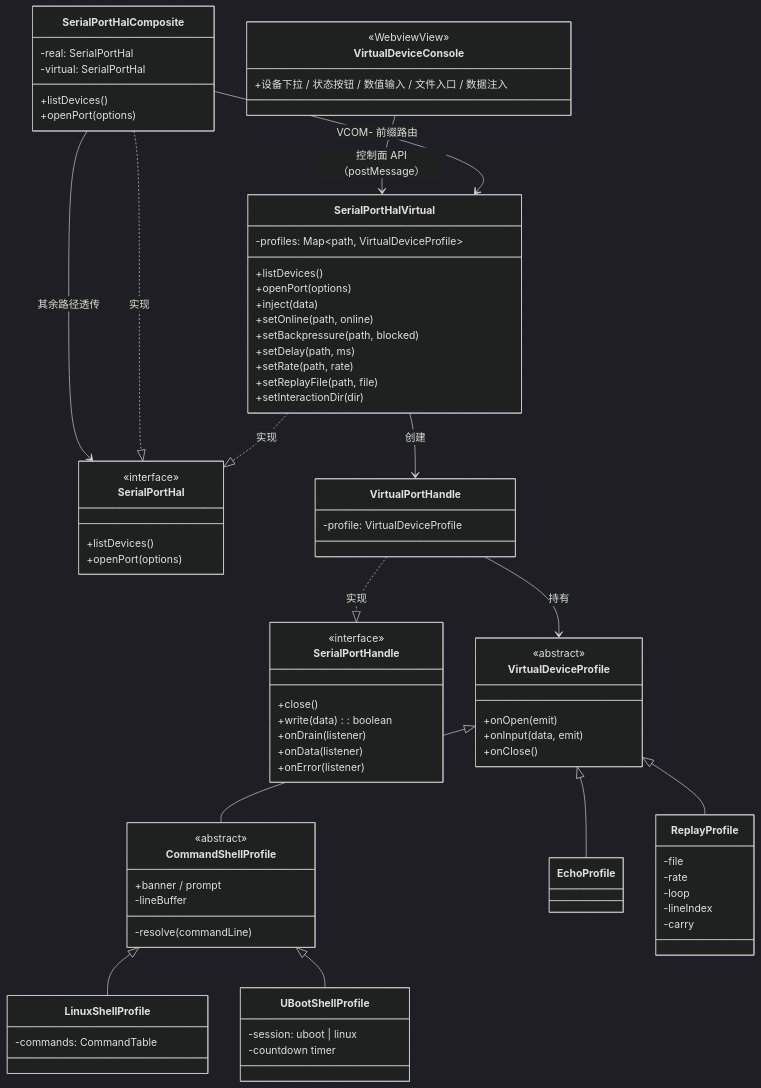
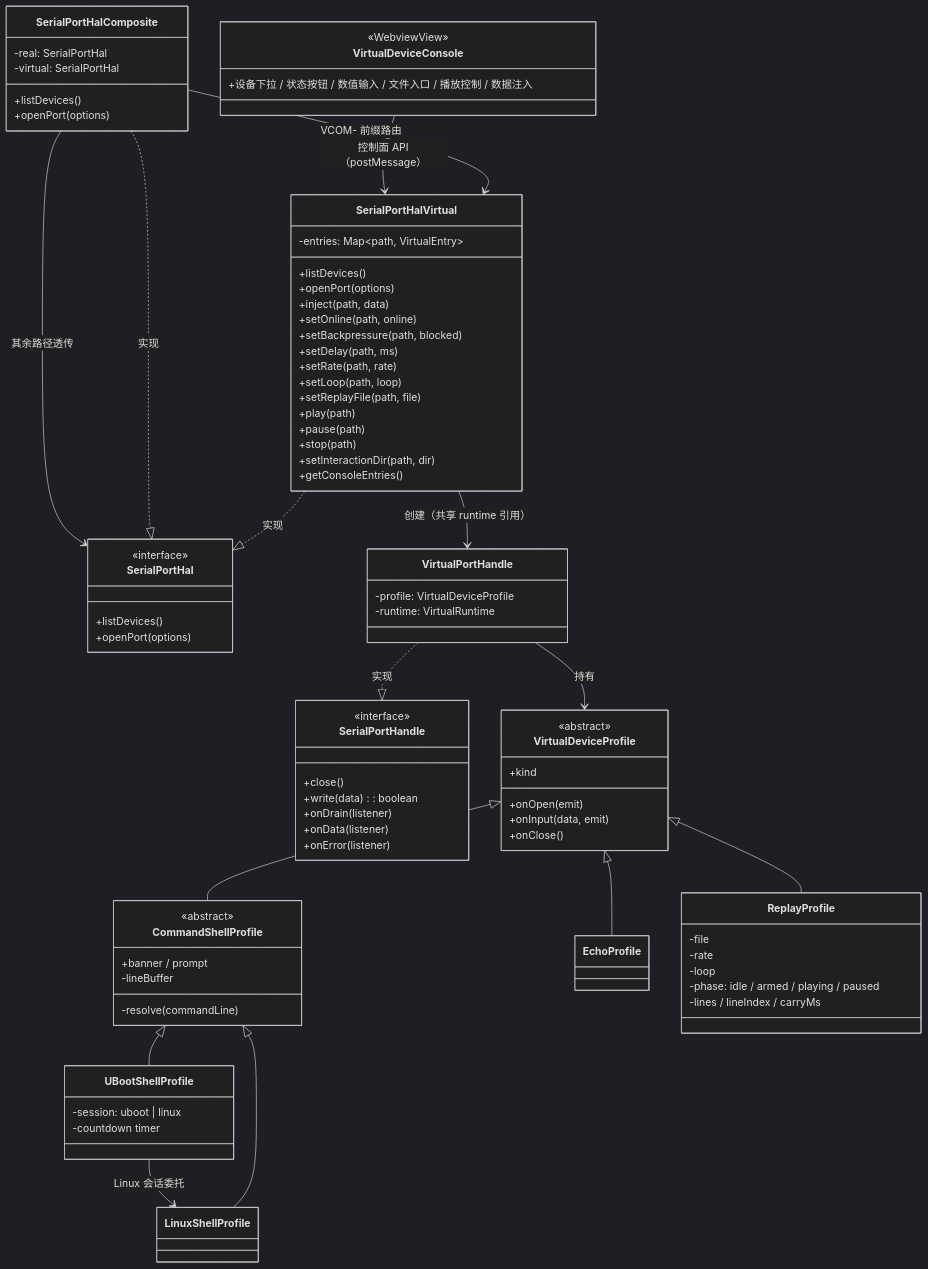
The diagram in doc/Hal/SerialPortHalVirtual规划.md (ziqiang-zhu/vscode-serial-port-terminal), drawn with Mermaid (dark theme) before and after one commit. The commit also changed other lines of this file and 14 other files, not shown here.

````diff
--- a/doc/Hal/SerialPortHalVirtual规划.md
+++ b/doc/Hal/SerialPortHalVirtual规划.md
@@ -266,22 +266,29 @@
         +onError(listener)
     }
     class SerialPortHalVirtual {
-        -profiles: Map~path, VirtualDeviceProfile~
+        -entries: Map~path, VirtualEntry~
         +listDevices()
         +openPort(options)
-        +inject(data)
+        +inject(path, data)
         +setOnline(path, online)
         +setBackpressure(path, blocked)
         +setDelay(path, ms)
         +setRate(path, rate)
+        +setLoop(path, loop)
         +setReplayFile(path, file)
-        +setInteractionDir(dir)
+        +play(path)
+        +pause(path)
+        +stop(path)
+        +setInteractionDir(path, dir)
+        +getConsoleEntries()
     }
     class VirtualPortHandle {
         -profile: VirtualDeviceProfile
+        -runtime: VirtualRuntime
     }
     class VirtualDeviceProfile {
         <<abstract>>
+        +kind
         +onOpen(emit)
         +onInput(data, emit)
         +onClose()
@@ -293,9 +300,7 @@
         -resolve(commandLine)
     }
     class EchoProfile
-    class LinuxShellProfile {
-        -commands: CommandTable
-    }
+    class LinuxShellProfile
     class UBootShellProfile {
         -session: uboot | linux
         -countdown timer
@@ -310,24 +315,25 @@
         -file
         -rate
         -loop
-        -lineIndex
-        -carry
+        -phase: idle / armed / playing / paused
+        -lines / lineIndex / carryMs
     }
     class VirtualDeviceConsole {
         <<WebviewView>>
-        +设备下拉 / 状态按钮 / 数值输入 / 文件入口 / 数据注入
+        +设备下拉 / 状态按钮 / 数值输入 / 文件入口 / 播放控制 / 数据注入
     }
     SerialPortHalVirtual ..|> SerialPortHal : 实现
     SerialPortHalComposite ..|> SerialPortHal : 实现
     VirtualPortHandle ..|> SerialPortHandle : 实现
     SerialPortHalComposite --> SerialPortHalVirtual : VCOM- 前缀路由
     SerialPortHalComposite --> SerialPortHal : 其余路径透传
-    SerialPortHalVirtual --> VirtualPortHandle : 创建
+    SerialPortHalVirtual --> VirtualPortHandle : 创建（共享 runtime 引用）
     VirtualPortHandle --> VirtualDeviceProfile : 持有
     VirtualDeviceProfile <|-- EchoProfile
     VirtualDeviceProfile <|-- CommandShellProfile
     CommandShellProfile <|-- LinuxShellProfile
     CommandShellProfile <|-- UBootShellProfile
+    UBootShellProfile --> LinuxShellProfile : Linux 会话委托
     VirtualDeviceProfile <|-- ReplayProfile
     VirtualDeviceConsole --> SerialPortHalVirtual : 控制面 API（postMessage）
 ```
````
